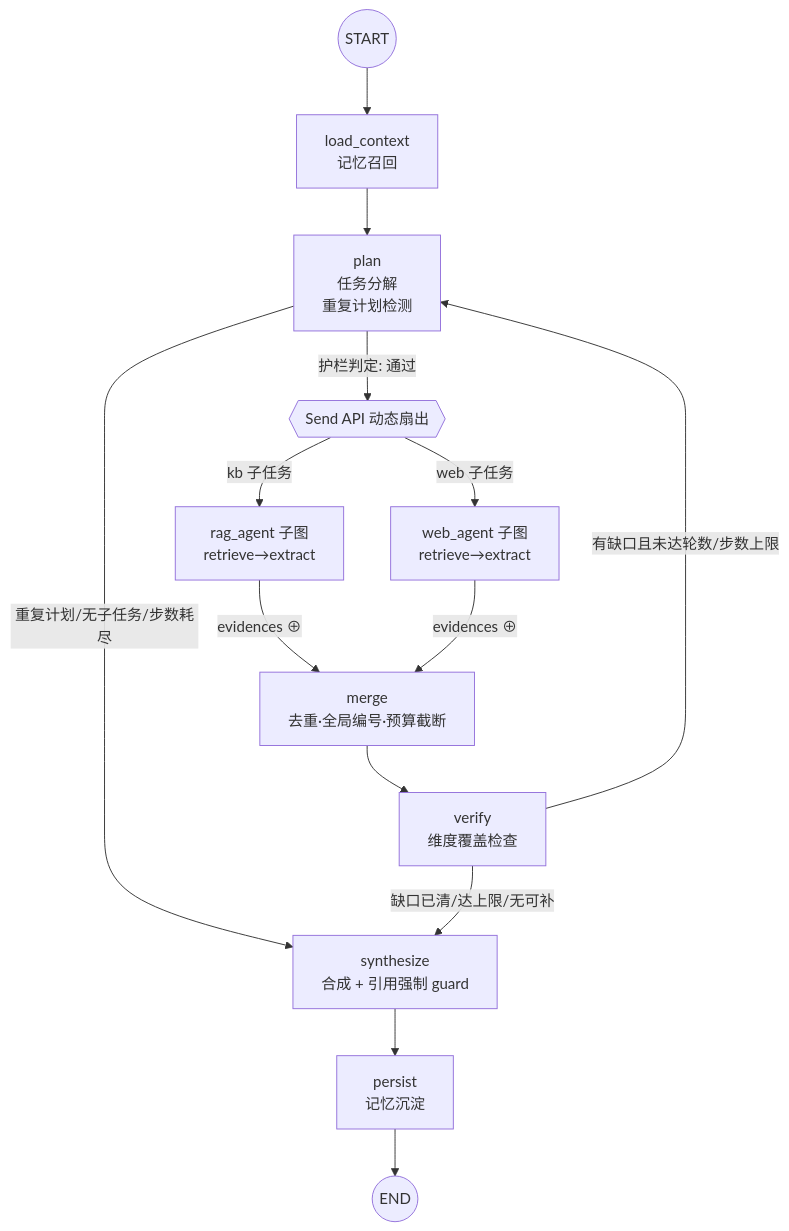
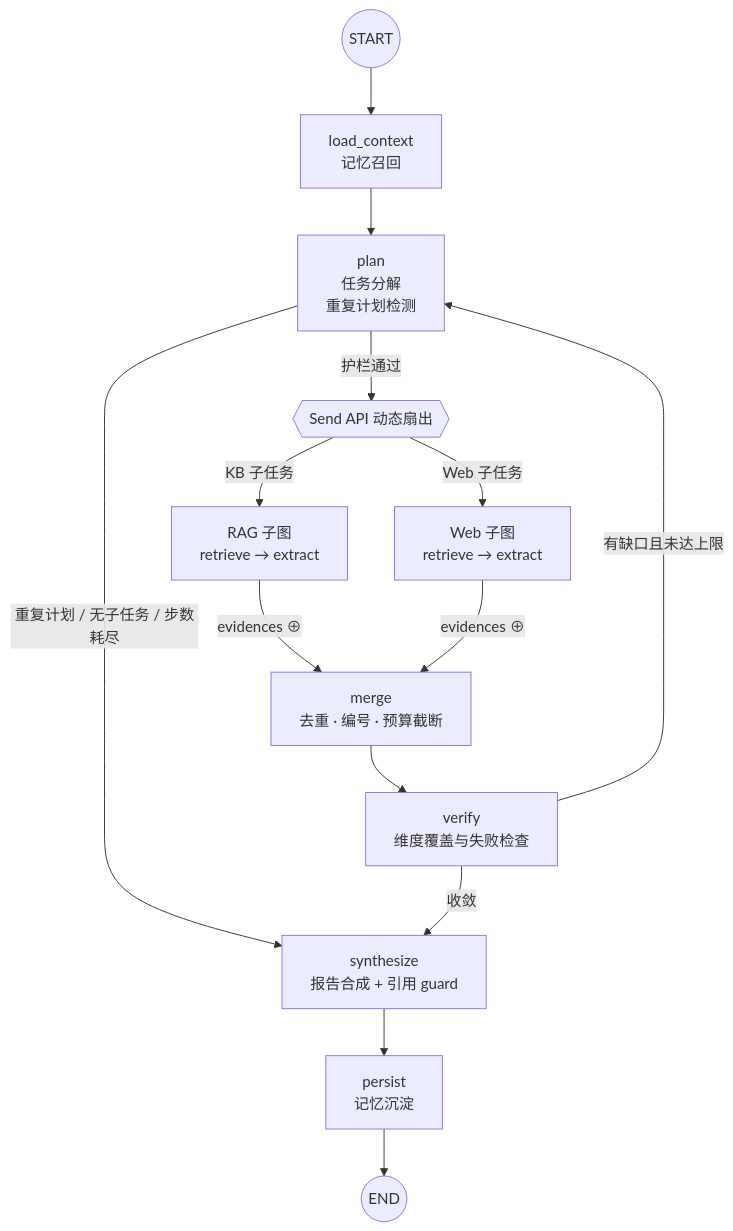
The diagram in README.md (Anhao1314/evidence-deep-research), drawn with Mermaid before and after one commit. The commit also changed other lines of this file and 2 other files, not shown here.

````diff
--- a/README.md
+++ b/README.md
@@ -48,16 +60,16 @@
 ```mermaid
 flowchart TD
     START((START)) --> load_context[load_context<br/>记忆召回]
     load_context --> plan[plan<br/>任务分解<br/>重复计划检测]
-    plan -- 护栏判定: 通过 --> fanout{{Send API 动态扇出}}
-    plan -- 重复计划/无子任务/步数耗尽 --> synthesize
-    fanout -->|kb 子任务| rag_agent[rag_agent 子图<br/>retrieve→extract]
-    fanout -->|web 子任务| web_agent[web_agent 子图<br/>retrieve→extract]
-    rag_agent -->|evidences ⊕| merge[merge<br/>去重·全局编号·预算截断]
+    plan -- 护栏通过 --> fanout{{Send API 动态扇出}}
+    plan -- 重复计划 / 无子任务 / 步数耗尽 --> synthesize
+    fanout -->|KB 子任务| rag_agent[RAG 子图<br/>retrieve → extract]
+    fanout -->|Web 子任务| web_agent[Web 子图<br/>retrieve → extract]
+    rag_agent -->|evidences ⊕| merge[merge<br/>去重 · 编号 · 预算截断]
     web_agent -->|evidences ⊕| merge
-    merge --> verify[verify<br/>维度覆盖检查]
-    verify -- 有缺口且未达轮数/步数上限 --> plan
-    verify -- 缺口已清/达上限/无可补 --> synthesize[synthesize<br/>合成 + 引用强制 guard]
+    merge --> verify[verify<br/>维度覆盖与失败检查]
+    verify -- 有缺口且未达上限 --> plan
+    verify -- 收敛 --> synthesize[synthesize<br/>报告合成 + 引用 guard]
     synthesize --> persist[persist<br/>记忆沉淀]
     persist --> END((END))
 ```
````
